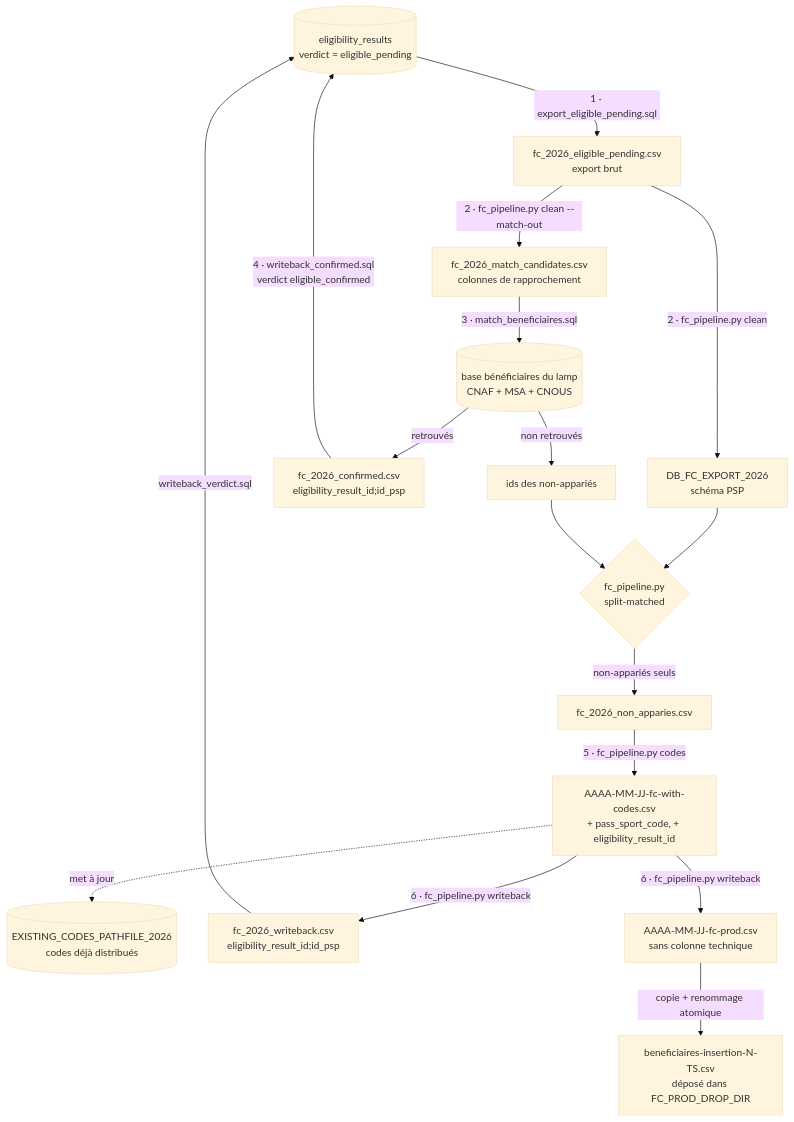
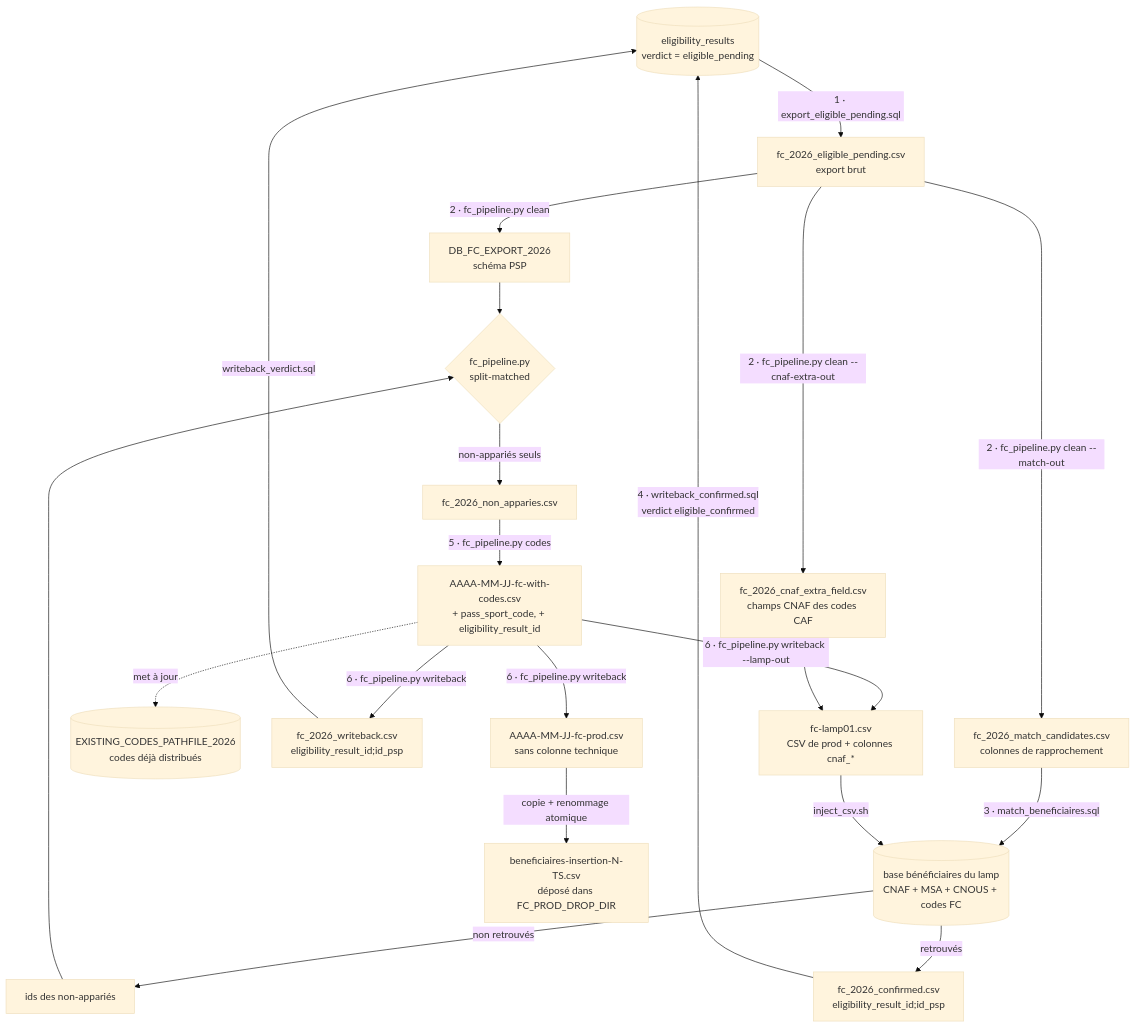
The diagram in data/2026/partners/franceconnect/README.md (betagouv/pass-sport), drawn with Mermaid (base theme) before and after one commit. The commit also changed other lines of this file and 9 other files, not shown here.

Commit message:
fix(match): also file cnaf extrat field on pipeline insert

````diff
--- a/data/2026/partners/franceconnect/README.md
+++ b/data/2026/partners/franceconnect/README.md
@@ -34,25 +34,29 @@
 ```mermaid
 flowchart TD
     DB[("eligibility_results<br/>verdict = eligible_pending")]
-    LAMP[("base bénéficiaires du lamp<br/>CNAF + MSA + CNOUS")]
+    LAMP[("base bénéficiaires du lamp<br/>CNAF + MSA + CNOUS + codes FC")]
 
     DB -->|"1 · export_eligible_pending.sql"| F1["fc_2026_eligible_pending.csv<br/>export brut"]
     F1 -->|"2 · fc_pipeline.py clean"| F2["DB_FC_EXPORT_2026<br/>schéma PSP"]
     F1 -->|"2 · fc_pipeline.py clean --match-out"| M1["fc_2026_match_candidates.csv<br/>colonnes de rapprochement"]
+    F1 -->|"2 · fc_pipeline.py clean --cnaf-extra-out"| C1["fc_2026_cnaf_extra_field.csv<br/>champs CNAF des codes CAF"]
 
     M1 -->|"3 · match_beneficiaires.sql"| LAMP
     LAMP -->|"retrouvés"| M2["fc_2026_confirmed.csv<br/>eligibility_result_id;id_psp"]
     LAMP -->|"non retrouvés"| M3["ids des non-appariés"]
     M2 -->|"4 · writeback_confirmed.sql<br/>verdict eligible_confirmed"| DB
 
     F2 --> SPLIT{"fc_pipeline.py<br/>split-matched"}
     M3 --> SPLIT
     SPLIT -->|"non-appariés seuls"| F2B["fc_2026_non_apparies.csv"]
 
     F2B -->|"5 · fc_pipeline.py codes"| F3["AAAA-MM-JJ-fc-with-codes.csv<br/>+ pass_sport_code, + eligibility_result_id"]
     F3 -. met à jour .-> CODES[("EXISTING_CODES_PATHFILE_2026<br/>codes déjà distribués")]
     F3 -->|"6 · fc_pipeline.py writeback"| F4A["fc_2026_writeback.csv<br/>eligibility_result_id;id_psp"]
     F3 -->|"6 · fc_pipeline.py writeback"| F4B["AAAA-MM-JJ-fc-prod.csv<br/>sans colonne technique"]
+    F3 -->|"6 · fc_pipeline.py writeback --lamp-out"| F4C["fc-lamp01.csv<br/>CSV de prod + colonnes cnaf_*"]
+    C1 --> F4C
     F4A -->|"writeback_verdict.sql"| DB
     F4B -->|"copie + renommage atomique"| DEPOT["beneficiaires-insertion-N-TS.csv<br/>déposé dans FC_PROD_DROP_DIR"]
+    F4C -->|"inject_csv.sh"| LAMP
 ```
````
